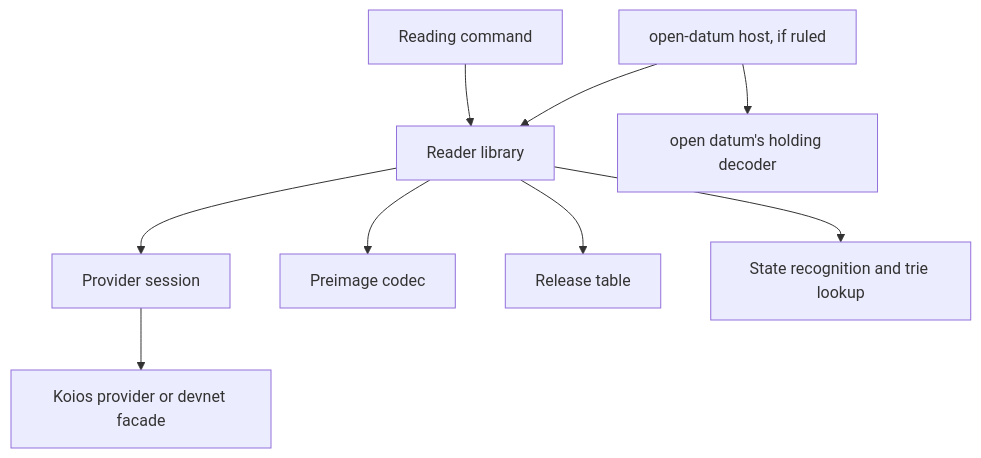
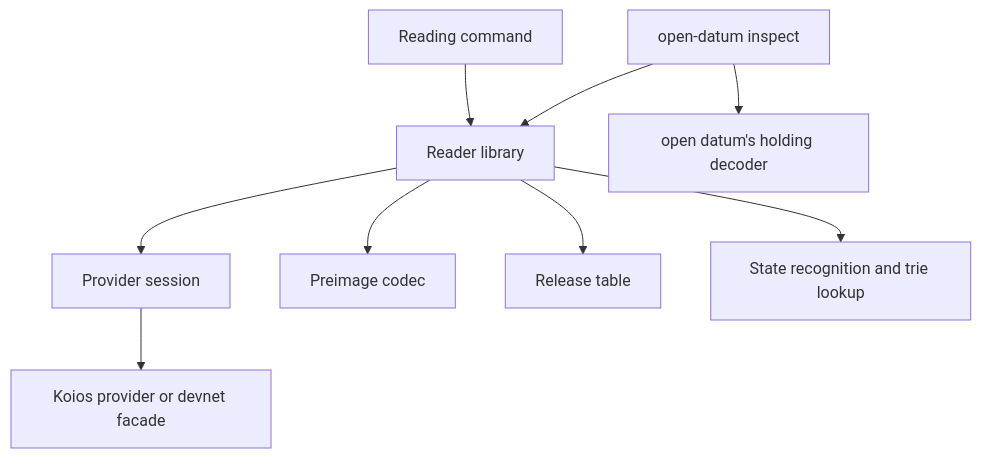
One commit to lambdasistemi/singular changed the diagram in specs/744-registry-reader/modules-model.md. Above: the diagram before and after it, drawn with Mermaid. The commit also changed other lines of this file and 9 other files, not shown here.

````diff
--- a/specs/744-registry-reader/modules-model.md
+++ b/specs/744-registry-reader/modules-model.md
@@ -25,11 +25,11 @@
 ```mermaid
 flowchart TD
     CMD[Reading command] --> RL[Reader library]
-    OD[open-datum host, if ruled] --> RL
+    OD[open-datum inspect] --> RL
     OD --> DEC[open datum's holding decoder]
     RL --> S[Provider session]
     RL --> PC[Preimage codec]
     RL --> CT[Release table]
     RL --> TR[State recognition and trie lookup]
     S --> K[Koios provider or devnet facade]
 ```
````
